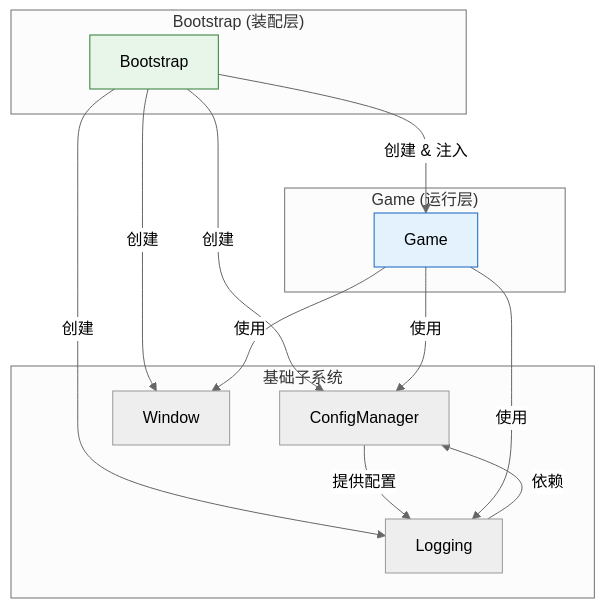
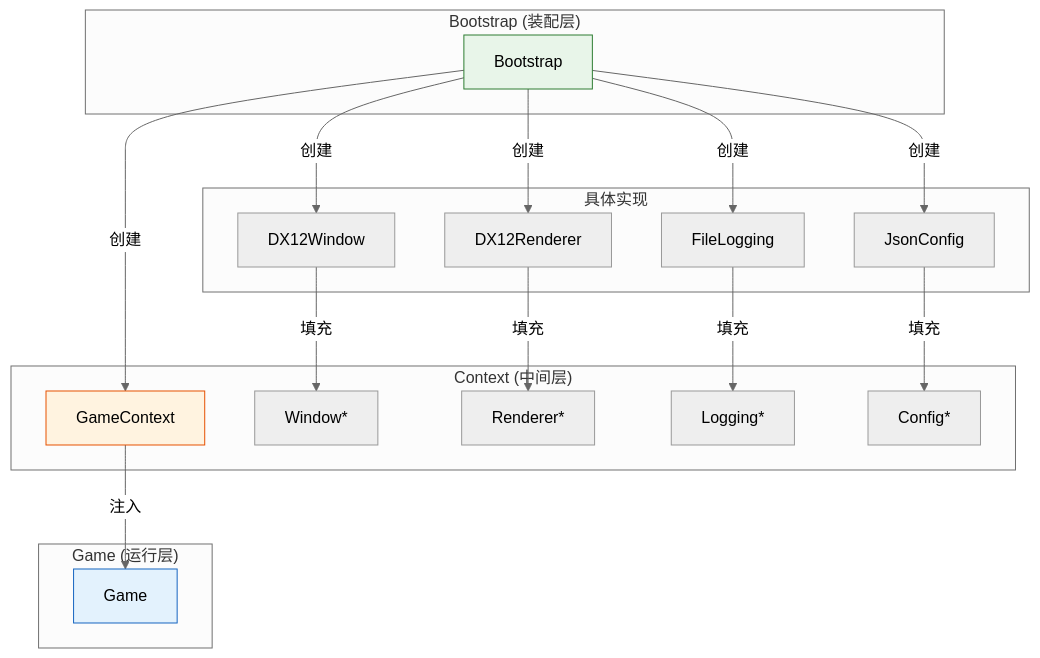
The third of 5 diagrams in Docs/Engine/Bootstrap.md (Gunxzq/DX12_Base), drawn with Mermaid (neutral theme) before and after one commit. The commit also changed other lines of this file and 2 other files, not shown here.

````diff
--- a/Docs/Engine/Bootstrap.md
+++ b/Docs/Engine/Bootstrap.md
@@ -135,30 +155,42 @@
 ```mermaid
 graph TB
     subgraph "Bootstrap (装配层)"
         B["Bootstrap"]
     end
 
-    subgraph "基础子系统"
-        C["ConfigManager"]
-        L["Logging"]
-        W["Window"]
+    subgraph "Context (中间层)"
+        C["GameContext"]
+        C1["Window*"]
+        C2["Renderer*"]
+        C3["Logging*"]
+        C4["Config*"]
+    end
+
+    subgraph "具体实现"
+        W["DX12Window"]
+        R["DX12Renderer"]
+        L["FileLogging"]
+        CF["JsonConfig"]
     end
 
     subgraph "Game (运行层)"
         G["Game"]
     end
 
     B -->|"创建"| C
+    B -->|"创建"| W
+    B -->|"创建"| R
     B -->|"创建"| L
-    B -->|"创建"| W
-    C -->|"提供配置"| L
-    L -->|"依赖"| C
+    B -->|"创建"| CF
 
-    B -->|"创建 & 注入"| G
-    G -->|"使用"| W
-    G -->|"使用"| C
-    G -->|"使用"| L
+    W -->|"填充"| C1
+    R -->|"填充"| C2
+    L -->|"填充"| C3
+    CF -->|"填充"| C4
+
+    C -->|"注入"| G
 
     style B fill:#e8f5e9,stroke:#2e7d32
+    style C fill:#fff3e0,stroke:#e65100
     style G fill:#e3f2fd,stroke:#1565c0
 ```
````
